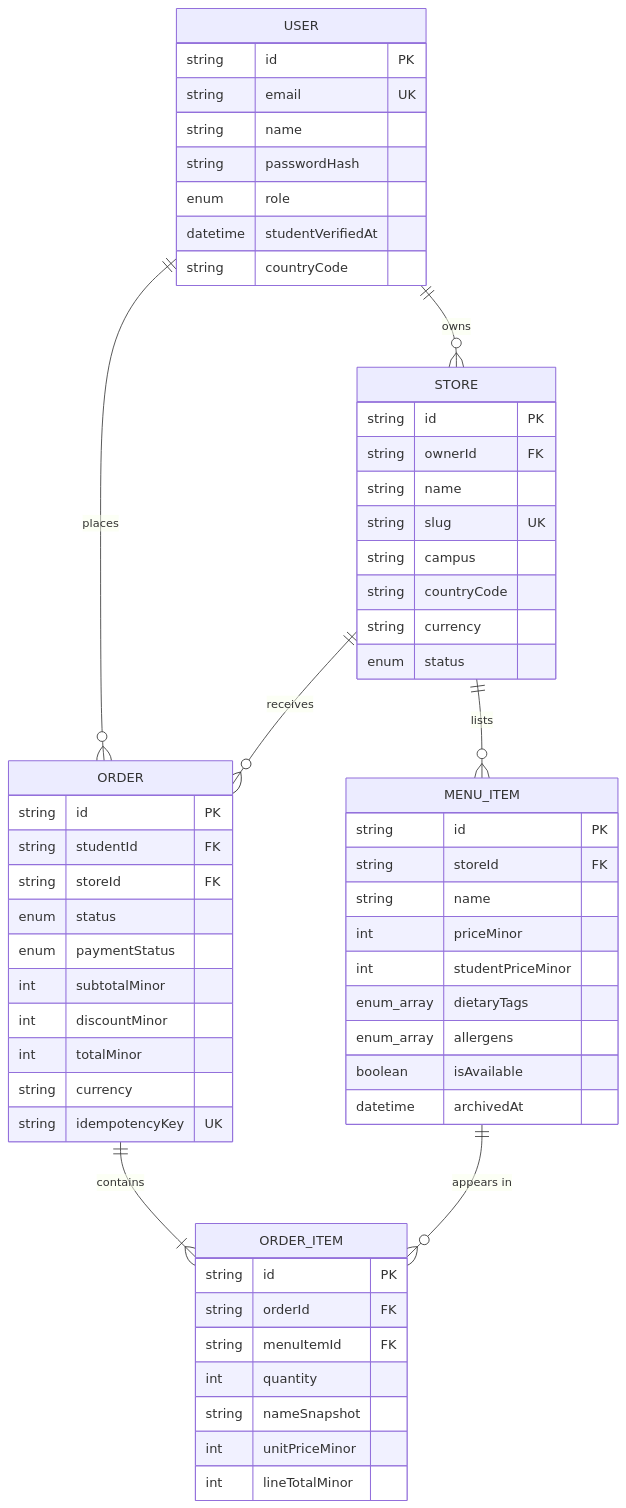
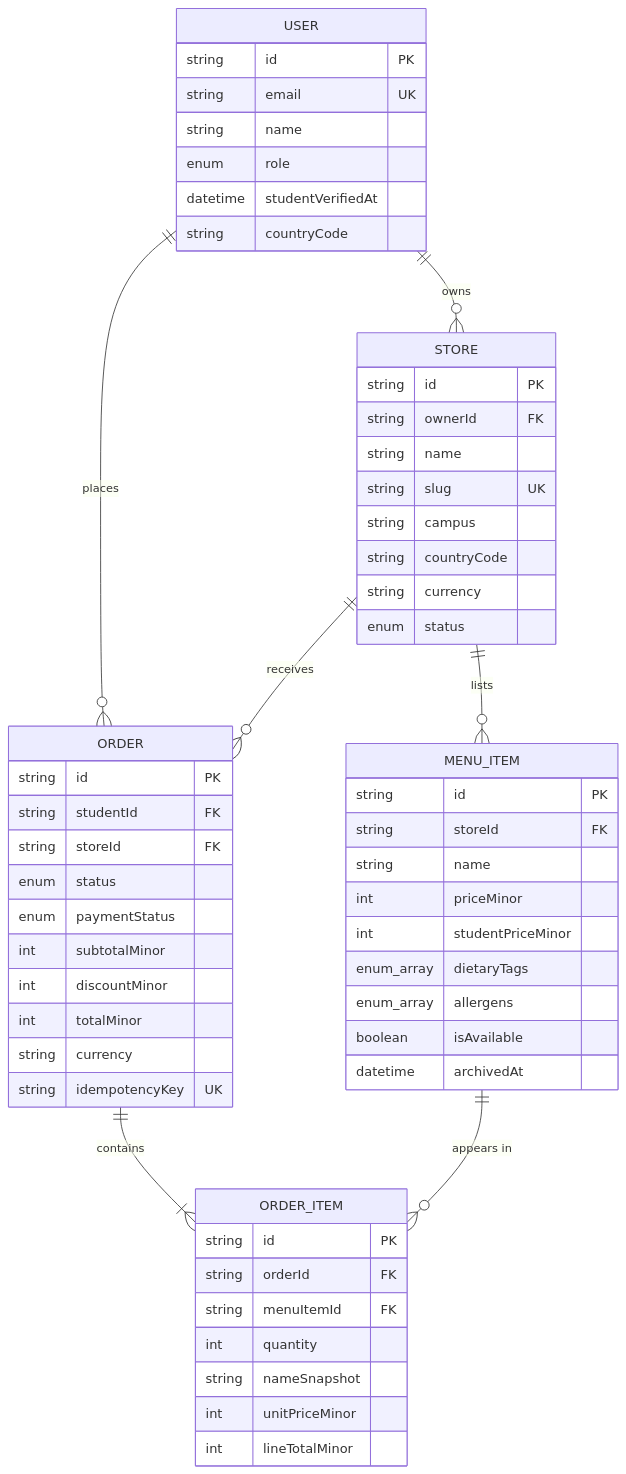
One commit to jauresguedou/foodWise changed the second of 2 diagrams in specs/001-foodwise-platform/architecture.md. Above: the diagram before and after it, drawn with Mermaid. The commit also changed other lines of this file and 20 other files, not shown here.

First line of the commit message:
Add Prisma schema, migrations, and integration tests

````diff
--- a/specs/001-foodwise-platform/architecture.md
+++ b/specs/001-foodwise-platform/architecture.md
@@ -301,61 +307,60 @@
 ```mermaid
 erDiagram
     USER ||--o{ STORE : owns
     USER ||--o{ ORDER : places
     STORE ||--o{ MENU_ITEM : lists
     STORE ||--o{ ORDER : receives
     ORDER ||--|{ ORDER_ITEM : contains
     MENU_ITEM ||--o{ ORDER_ITEM : "appears in"
 
     USER {
         string id PK
         string email UK
         string name
-        string passwordHash
         enum role
         datetime studentVerifiedAt
         string countryCode
     }
     STORE {
         string id PK
         string ownerId FK
         string name
         string slug UK
         string campus
         string countryCode
         string currency
         enum status
     }
     MENU_ITEM {
         string id PK
         string storeId FK
         string name
         int priceMinor
         int studentPriceMinor
         enum_array dietaryTags
         enum_array allergens
         boolean isAvailable
         datetime archivedAt
     }
     ORDER {
         string id PK
         string studentId FK
         string storeId FK
         enum status
         enum paymentStatus
         int subtotalMinor
         int discountMinor
         int totalMinor
         string currency
         string idempotencyKey UK
     }
     ORDER_ITEM {
         string id PK
         string orderId FK
         string menuItemId FK
         int quantity
         string nameSnapshot
         int unitPriceMinor
         int lineTotalMinor
     }
 ```
````
